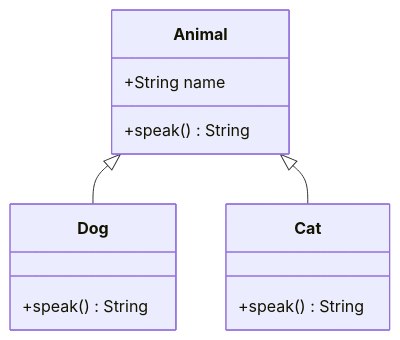
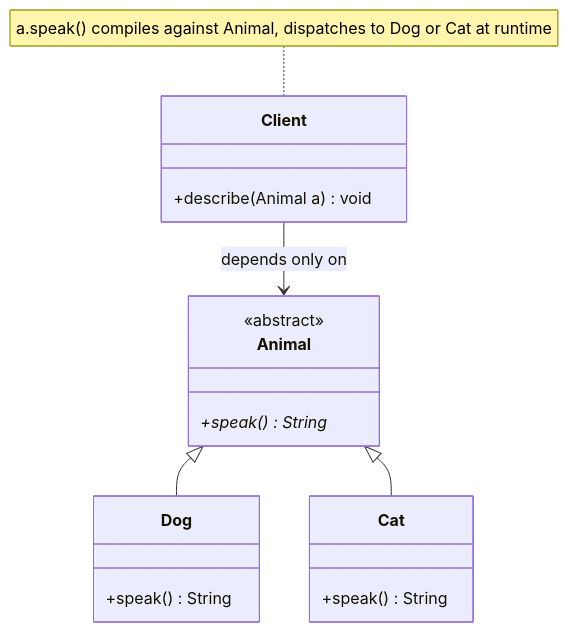
The diagram in src/modules/oop/content/02-pillars/04-polymorphism.md (mohammad-mriesh-job/cortex), drawn with Mermaid before and after one commit. The commit also changed other lines of this file and 257 other files, not shown here.

````diff
--- a/src/modules/oop/content/02-pillars/04-polymorphism.md
+++ b/src/modules/oop/content/02-pillars/04-polymorphism.md
@@ -18,15 +18,20 @@
 ```mermaid
 classDiagram
+    class Client {
+      +describe(Animal a) void
+    }
     class Animal {
-      +String name
-      +speak() String
+      <<abstract>>
+      +speak()* String
     }
     class Dog {
       +speak() String
     }
     class Cat {
       +speak() String
     }
+    Client --> Animal : depends only on
     Animal <|-- Dog
     Animal <|-- Cat
+    note for Client "a.speak() compiles against Animal, dispatches to Dog or Cat at runtime"
 ```
````
